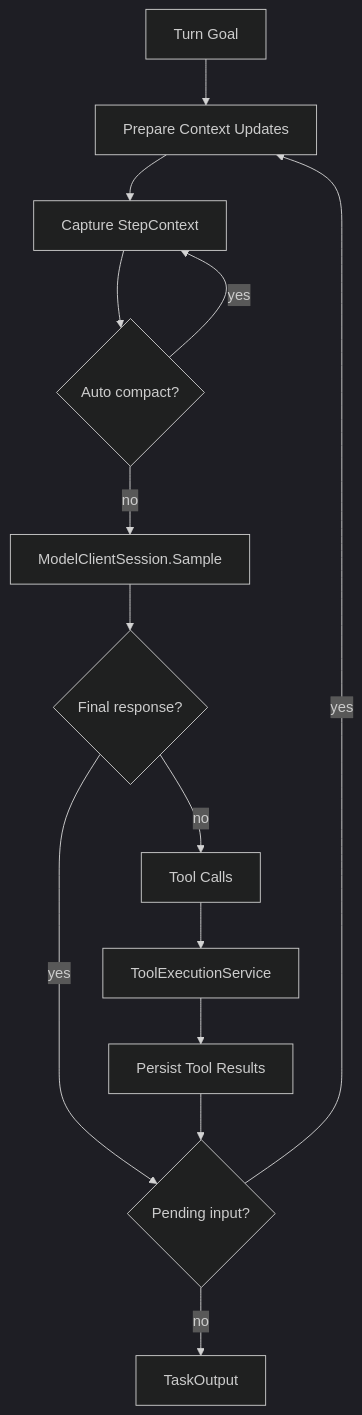
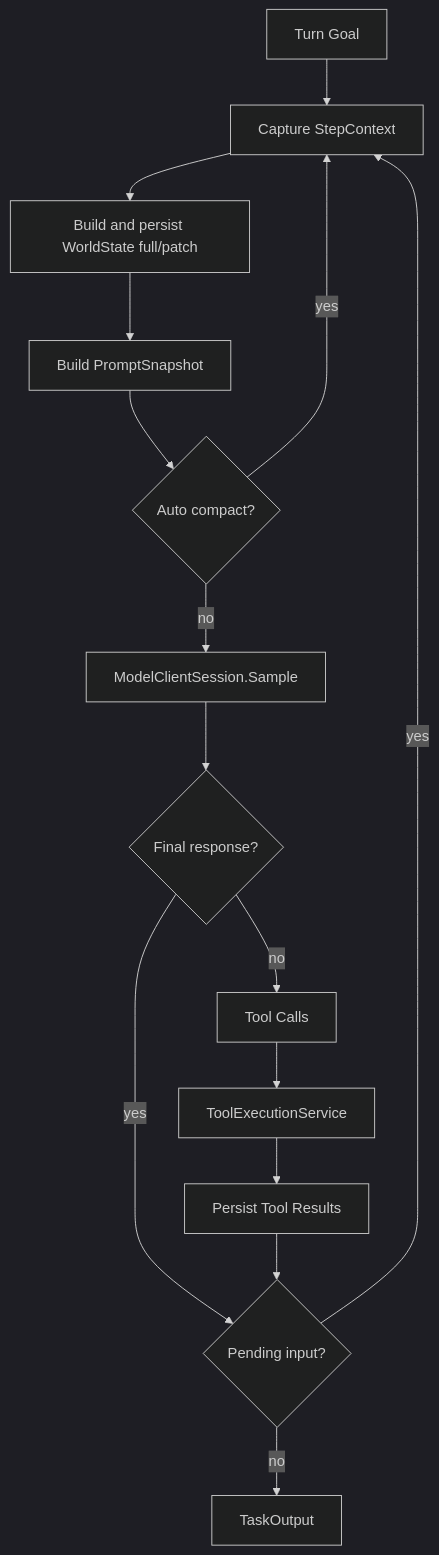
One commit to Godric-W/Amadeus changed the tenth of 23 diagrams in docs/architecture-whitepaper.md. Above: the diagram before and after it, drawn with Mermaid (dark theme). The commit also changed other lines of this file and 140 other files, not shown here.

````diff
--- a/docs/architecture-whitepaper.md
+++ b/docs/architecture-whitepaper.md
@@ -583,28 +584,30 @@
 ```mermaid
 flowchart TD
     Start[Turn Goal]
-    Prepare[Prepare Context Updates]
     Capture[Capture StepContext]
+    World[Build and persist WorldState full/patch]
+    Prompt[Build PromptSnapshot]
     Sample[ModelClientSession.Sample]
     Final{Final response?}
     Calls[Tool Calls]
     Execute[ToolExecutionService]
     Persist[Persist Tool Results]
     Pending{Pending input?}
     Compact{Auto compact?}
     Done[TaskOutput]
 
-    Start --> Prepare
-    Prepare --> Capture
-    Capture --> Compact
+    Start --> Capture
+    Capture --> World
+    World --> Prompt
+    Prompt --> Compact
     Compact -- yes --> Capture
     Compact -- no --> Sample
     Sample --> Final
     Final -- yes --> Pending
     Final -- no --> Calls
     Calls --> Execute
     Execute --> Persist
     Persist --> Pending
-    Pending -- yes --> Prepare
+    Pending -- yes --> Capture
     Pending -- no --> Done
 ```
````
